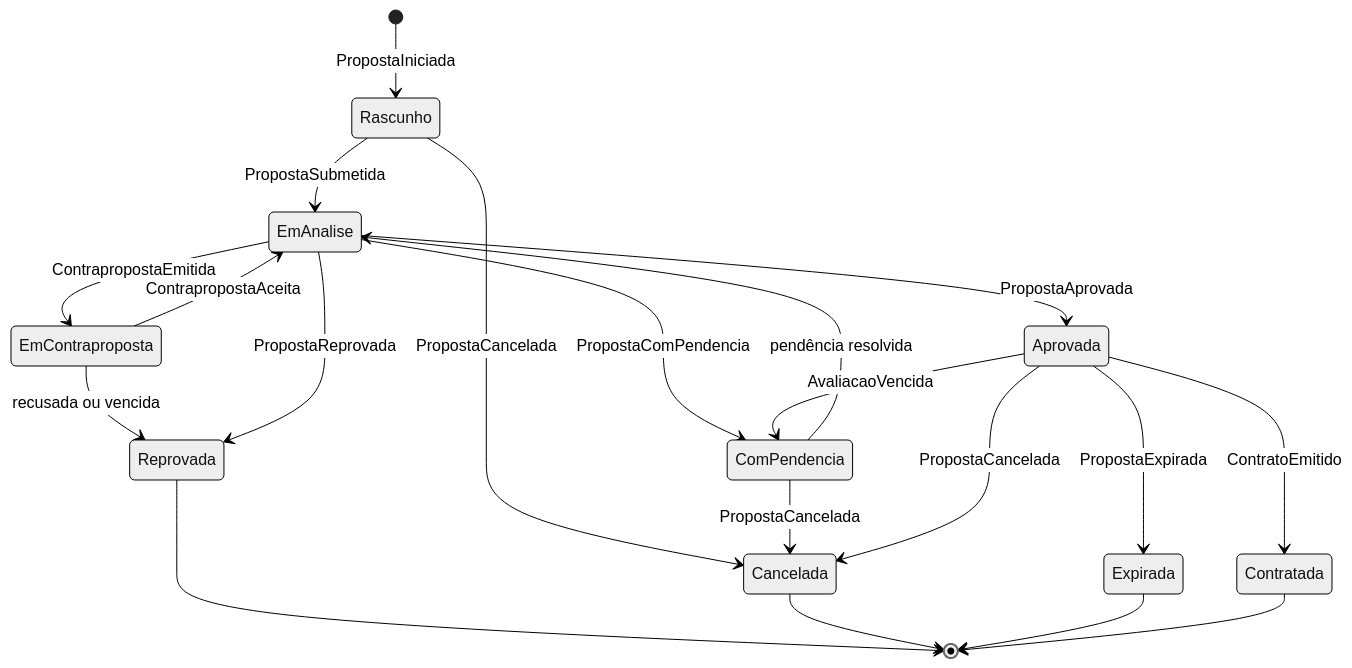
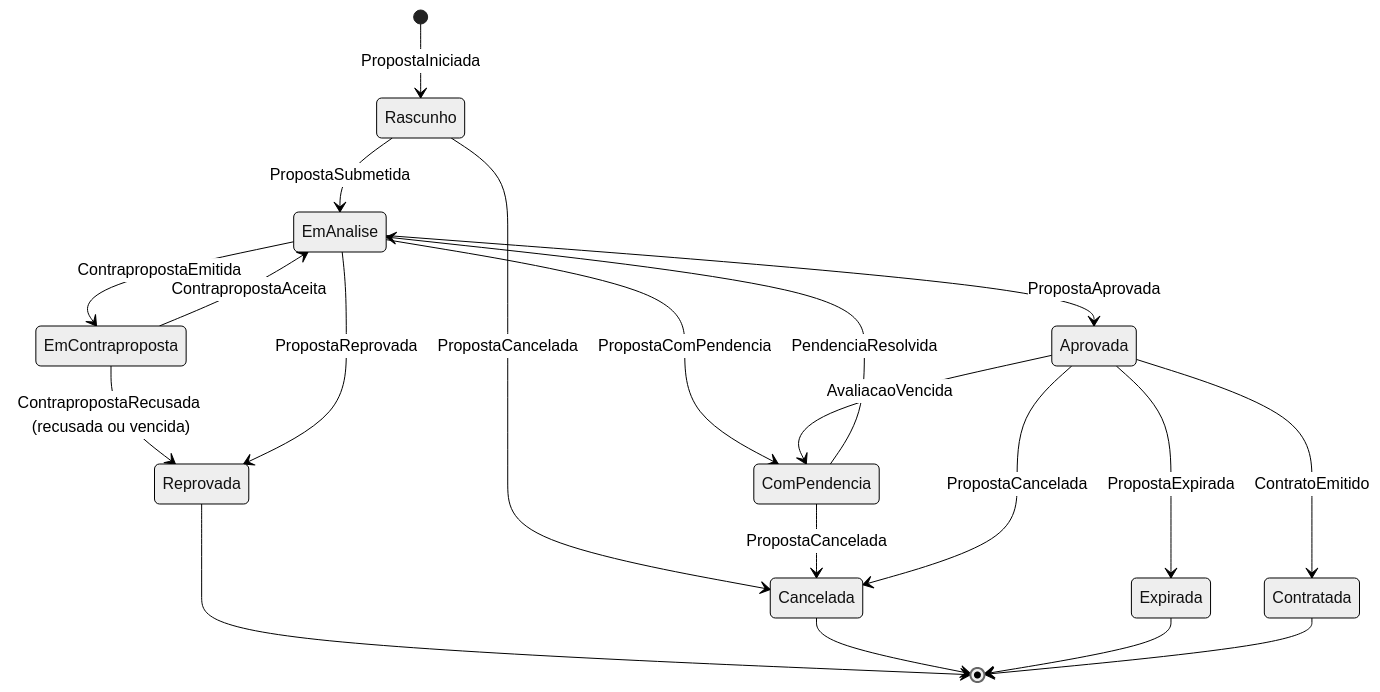
One commit to lucasqss/sistema-financiamento changed the fourth of 5 diagrams in docs/dominio/especificacao.md. Above: the diagram before and after it, drawn with Mermaid (neutral theme). The commit also changed other lines of this file and 2 other files, not shown here.

First line of the commit message:
Ciclos de vida conferidos pelo episteme, com um evento por transição

````diff
--- a/docs/dominio/especificacao.md
+++ b/docs/dominio/especificacao.md
@@ -862,22 +864,22 @@
 ```mermaid
 stateDiagram-v2
     [*] --> Rascunho: PropostaIniciada
     Rascunho --> EmAnalise: PropostaSubmetida
     Rascunho --> Cancelada: PropostaCancelada
     EmAnalise --> ComPendencia: PropostaComPendencia
-    ComPendencia --> EmAnalise: pendência resolvida
+    ComPendencia --> EmAnalise: PendenciaResolvida
     EmAnalise --> EmContraproposta: ContrapropostaEmitida
     EmContraproposta --> EmAnalise: ContrapropostaAceita
-    EmContraproposta --> Reprovada: recusada ou vencida
+    EmContraproposta --> Reprovada: ContrapropostaRecusada (recusada ou vencida)
     EmAnalise --> Aprovada: PropostaAprovada
     EmAnalise --> Reprovada: PropostaReprovada
     ComPendencia --> Cancelada: PropostaCancelada
     Aprovada --> ComPendencia: AvaliacaoVencida
     Aprovada --> Contratada: ContratoEmitido
     Aprovada --> Expirada: PropostaExpirada
     Aprovada --> Cancelada: PropostaCancelada
     Reprovada --> [*]
     Cancelada --> [*]
     Expirada --> [*]
     Contratada --> [*]
 ```
````
